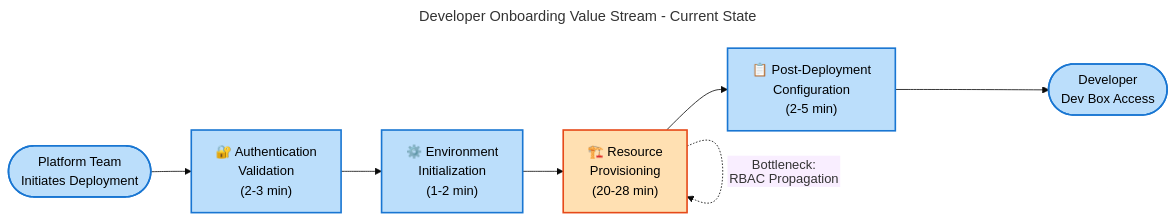
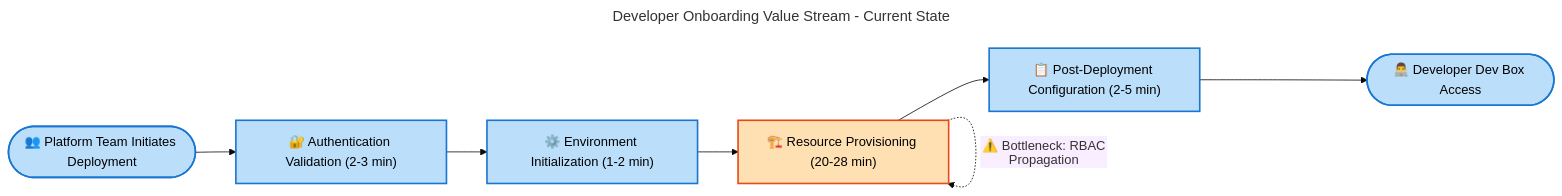
Before and after one commit to Evilazaro/DevExp-DevBox: the fifth of 5 diagrams in docs/Business-Architecture-BDAT.md, drawn with Mermaid. The commit also changed other lines of this file, not shown here.

Commit message:
Refine Business Architecture Document flowcharts with updated color schemes and improved accessibility for enhanced clarity and visual consistency

````diff
--- a/docs/Business-Architecture-BDAT.md
+++ b/docs/Business-Architecture-BDAT.md
@@ -690,32 +708,35 @@
 ```mermaid
 ---
 title: Developer Onboarding Value Stream - Current State
 config:
   theme: base
   flowchart:
     htmlLabels: false
 ---
 flowchart LR
     accTitle: Developer Onboarding Value Stream showing process phases and durations
     accDescr: End-to-end workflow from initiation to Dev Box access with time metrics
 
-    %% Color scheme
-    classDef phase fill:#BBDEFB,stroke:#1976D2,stroke-width:2px,color:#000
-    classDef bottleneck fill:#FFE0B2,stroke:#E64A19,stroke-width:2px,color:#000
+    %% STANDARD COLOR SCHEME v2.1 - Material Design 3
+    %% Semantic Colors (Functional Content - 100-level shades)
+    classDef mdBlue fill:#BBDEFB,stroke:#1976D2,stroke-width:2px,color:#000
+    classDef mdOrange fill:#FFE0B2,stroke:#E64A19,stroke-width:2px,color:#000
 
-    start([Platform Team<br/>Initiates Deployment]):::phase
-    auth["🔐 Authentication<br/>Validation<br/>(2-3 min)"]:::phase
-    init["⚙️ Environment<br/>Initialization<br/>(1-2 min)"]:::phase
-    provision["🏗️ Resource<br/>Provisioning<br/>(20-28 min)"]:::bottleneck
-    config["📋 Post-Deployment<br/>Configuration<br/>(2-5 min)"]:::phase
-    complete([Developer<br/>Dev Box Access]):::phase
+    start([👥 Platform Team Initiates Deployment]):::mdBlue
+    auth["🔐 Authentication Validation (2-3 min)"]:::mdBlue
+    init["⚙️ Environment Initialization (1-2 min)"]:::mdBlue
+    provision["🏗️ Resource Provisioning (20-28 min)"]:::mdOrange
+    config["📋 Post-Deployment Configuration (2-5 min)"]:::mdBlue
+    complete([👨‍💻 Developer Dev Box Access]):::mdBlue
 
     start --> auth
     auth --> init
     init --> provision
     provision --> config
     config --> complete
 
     %% Annotations
-    provision -.->|"Bottleneck:<br/>RBAC Propagation"| provision
+    provision -.->|"⚠️ Bottleneck: RBAC Propagation"| provision
+
+    %% Accessibility: WCAG AA verified (4.5:1 contrast ratio)
 ```
````
